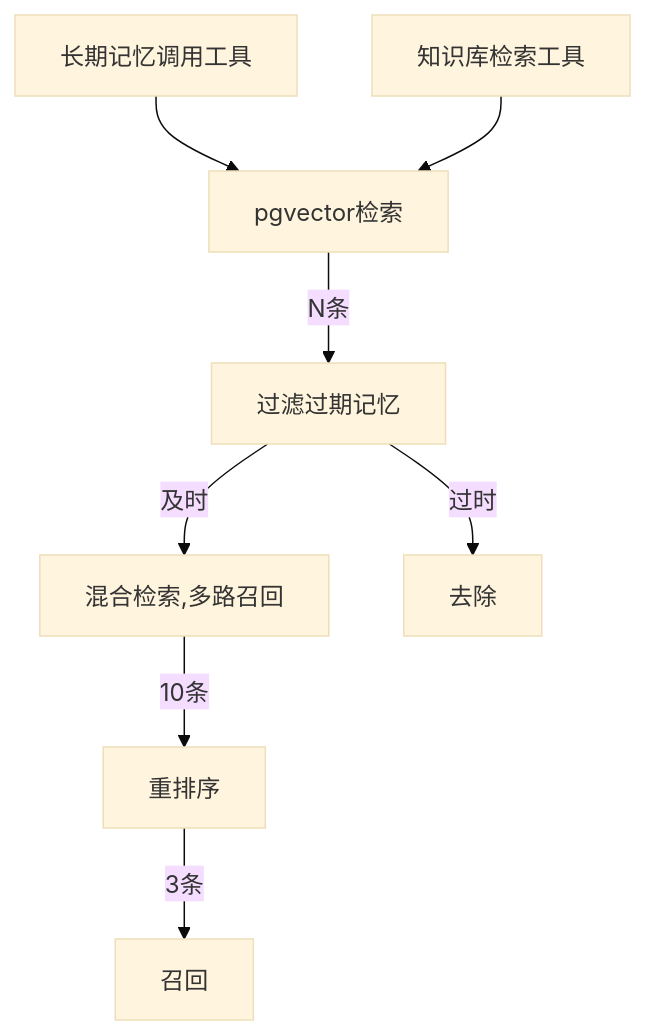
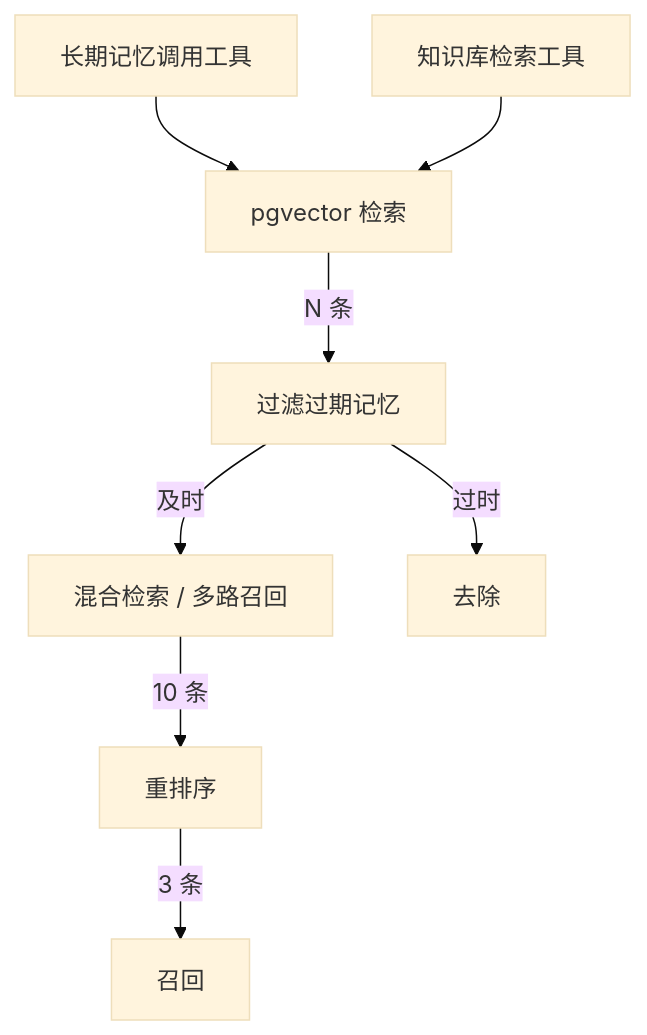
The second of 2 diagrams in README.md (xiao-Huahuo/Agent-Core-Service), drawn with Mermaid (base theme) before and after one commit. The commit also changed other lines of this file and 10 other files, not shown here.

````diff
--- a/README.md
+++ b/README.md
@@ -64,10 +80,10 @@
-```mermaid  
-flowchart  
-   A[长期记忆调用工具] --> B[pgvector检索]  
-   C[知识库检索工具] --> B 
-   B -->|N条| H[过滤过期记忆]
-   H -->|及时| D[混合检索,多路召回]  
-   D -->|10条| E[重排序]  
-   E -->|3条| F[召回]  
-   H -->|过时| G[去除]  
-```      
+```mermaid
+flowchart TD
+    A[长期记忆调用工具] --> B[pgvector 检索]
+    C[知识库检索工具] --> B
+    B -->|N 条| H[过滤过期记忆]
+    H -->|及时| D[混合检索 / 多路召回]
+    D -->|10 条| E[重排序]
+    E -->|3 条| F[召回]
+    H -->|过时| G[去除]
+```
````
